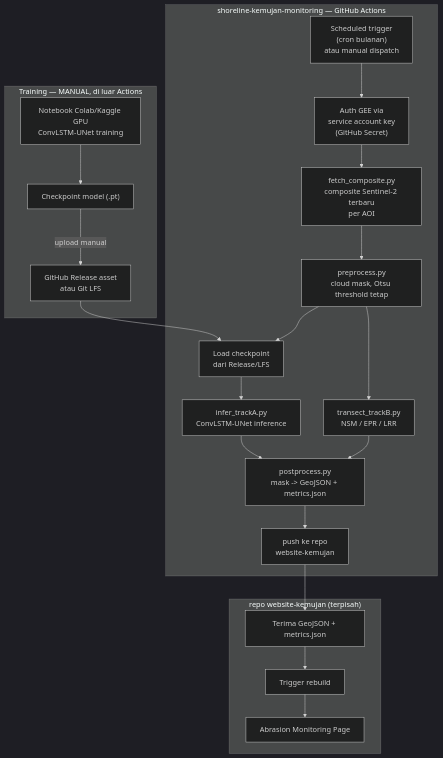
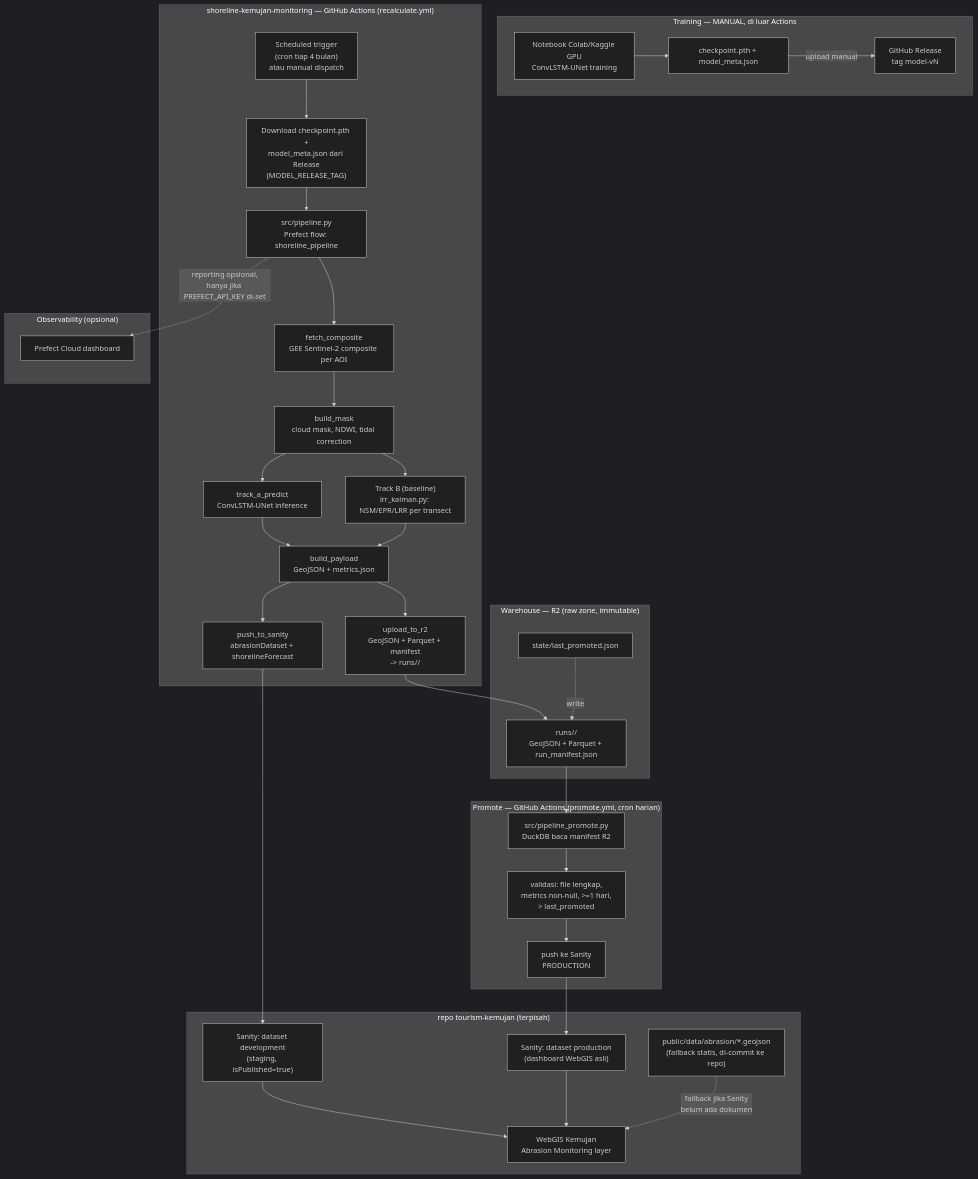
The diagram in README.md (itkarimunkemujan/Shoreline-Kemujan), drawn with Mermaid (dark theme) before and after one commit. The commit also changed other lines of this file and 38 other files, not shown here.

````diff
--- a/README.md
+++ b/README.md
@@ -40,38 +74,63 @@
 ```mermaid
 flowchart TD
     subgraph TRAIN["Training — MANUAL, di luar Actions"]
         T1["Notebook Colab/Kaggle GPU\nConvLSTM-UNet training"]
-        T2["Checkpoint model (.pt)"]
+        T2["checkpoint.pth + model_meta.json"]
         T1 --> T2
-        T2 -->|upload manual| REL["GitHub Release asset\natau Git LFS"]
+        T2 -->|upload manual| REL["GitHub Release\ntag model-vN"]
     end
 
-    subgraph ACTIONS["shoreline-kemujan-monitoring — GitHub Actions"]
-        CRON["Scheduled trigger\n(cron bulanan)\natau manual dispatch"]
-        AUTH["Auth GEE via\nservice account key\n(GitHub Secret)"]
-        FETCH["fetch_composite.py\ncomposite Sentinel-2 terbaru\nper AOI"]
-        PRE["preprocess.py\ncloud mask, Otsu threshold tetap"]
-        LOAD["Load checkpoint\ndari Release/LFS"]
-        INFER["infer_trackA.py\nConvLSTM-UNet inference"]
-        TRANSECT["transect_trackB.py\nNSM / EPR / LRR"]
-        POST["postprocess.py\nmask -> GeoJSON + metrics.json"]
-        PUSH["push ke repo\nwebsite-kemujan"]
+    subgraph ACTIONS["shoreline-kemujan-monitoring — GitHub Actions (recalculate.yml)"]
+        CRON["Scheduled trigger\n(cron tiap 4 bulan)\natau manual dispatch"]
+        DL["Download checkpoint.pth +\nmodel_meta.json dari Release\n(MODEL_RELEASE_TAG)"]
+        FLOW["src/pipeline.py\nPrefect flow: shoreline_pipeline"]
+        FETCH["fetch_composite\nGEE Sentinel-2 composite per AOI"]
+        MASK["build_mask\ncloud mask, NDWI, tidal correction"]
+        TRACKA["track_a_predict\nConvLSTM-UNet inference"]
+        TRACKB["Track B (baseline)\nlrr_kalman.py: NSM/EPR/LRR per transect"]
+        PAYLOAD["build_payload\nGeoJSON + metrics.json"]
+        PUSH["push_to_sanity\nabrasionDataset + shorelineForecast"]
+        UPLOAD["upload_to_r2\nGeoJSON + Parquet + manifest\n-> runs/<run_id>/"]
 
-        CRON --> AUTH --> FETCH --> PRE
-        REL --> LOAD
-        PRE --> LOAD --> INFER
-        PRE --> TRANSECT
-        INFER --> POST
-        TRANSECT --> POST
-        POST --> PUSH
+        CRON --> DL --> FLOW
+        FLOW --> FETCH --> MASK --> TRACKA
+        MASK --> TRACKB
+        TRACKA --> PAYLOAD
+        TRACKB --> PAYLOAD
+        PAYLOAD --> PUSH
+        PAYLOAD --> UPLOAD
     end
 
-    subgraph WEB["repo website-kemujan (terpisah)"]
-        RECV["Terima GeoJSON + metrics.json"]
-        BUILD["Trigger rebuild"]
-        PAGE["Abrasion Monitoring Page"]
-        RECV --> BUILD --> PAGE
+    subgraph WAREHOUSE["Warehouse — R2 (raw zone, immutable)"]
+        RUNS["runs/<run_id>/\nGeoJSON + Parquet + run_manifest.json"]
+        STATE["state/last_promoted.json"]
     end
 
-    PUSH --> RECV
+    subgraph PROMOTER["Promote — GitHub Actions (promote.yml, cron harian)"]
+        PFLOW["src/pipeline_promote.py\nDuckDB baca manifest R2"]
+        PVAL["validasi: file lengkap,\nmetrics non-null, >=1 hari,\n> last_promoted"]
+        PPUSH["push ke Sanity\nPRODUCTION"]
+        PFLOW --> PVAL --> PPUSH
+    end
+
+    subgraph WEB["repo tourism-kemujan (terpisah)"]
+        SANITY_STAG["Sanity: dataset development\n(staging, isPublished=true)"]
+        SANITY_PROD["Sanity: dataset production\n(dashboard WebGIS asli)"]
+        STATIC["public/data/abrasion/*.geojson\n(fallback statis, di-commit ke repo)"]
+        PAGE["WebGIS Kemujan\nAbrasion Monitoring layer"]
+        SANITY_STAG --> PAGE
+        SANITY_PROD --> PAGE
+        STATIC -.fallback jika Sanity\nbelum ada dokumen.-> PAGE
+    end
+
+    PUSH --> SANITY_STAG
+    UPLOAD --> RUNS
+    RUNS --> PFLOW
+    PPUSH --> SANITY_PROD
+    STATE -.write.-> RUNS
+
+    subgraph OBS["Observability (opsional)"]
+        PCLOUD["Prefect Cloud dashboard"]
+    end
+    FLOW -.reporting opsional,\nhanya jika PREFECT_API_KEY di-set.-> PCLOUD
 ```
````
